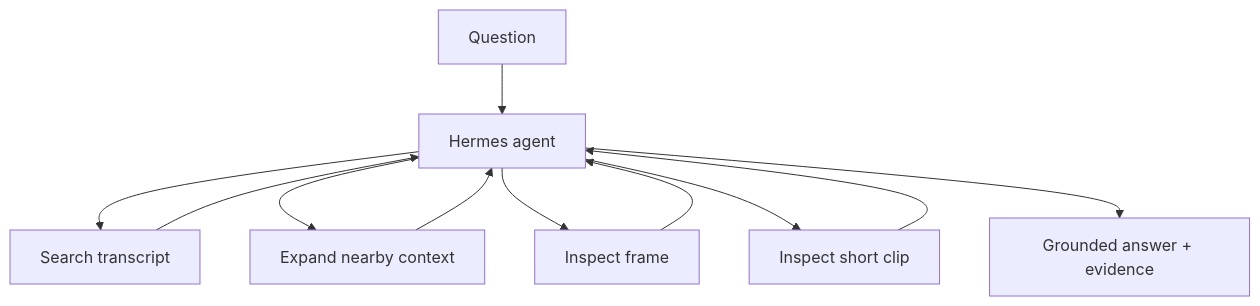
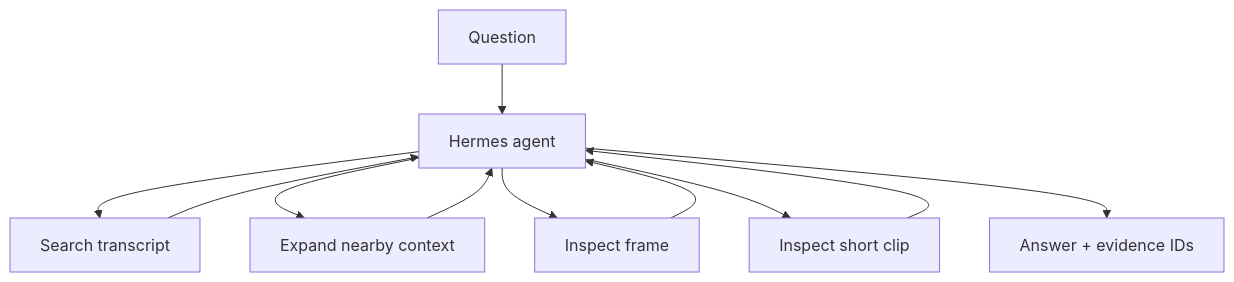
The diagram in README.md (kolihhan/hermes-video-tutor), drawn with Mermaid before and after one commit. The commit also changed other lines of this file and 5 other files, not shown here.

````diff
--- a/README.md
+++ b/README.md
@@ -74,13 +74,13 @@
 ```mermaid
 flowchart TD
     Q[Question] --> H[Hermes agent]
     H --> T[Search transcript]
     H --> C[Expand nearby context]
     H --> F[Inspect frame]
     H --> V[Inspect short clip]
     T --> H
     C --> H
     F --> H
     V --> H
-    H --> A[Grounded answer + evidence]
+    H --> A[Answer + evidence IDs]
 ```
````
